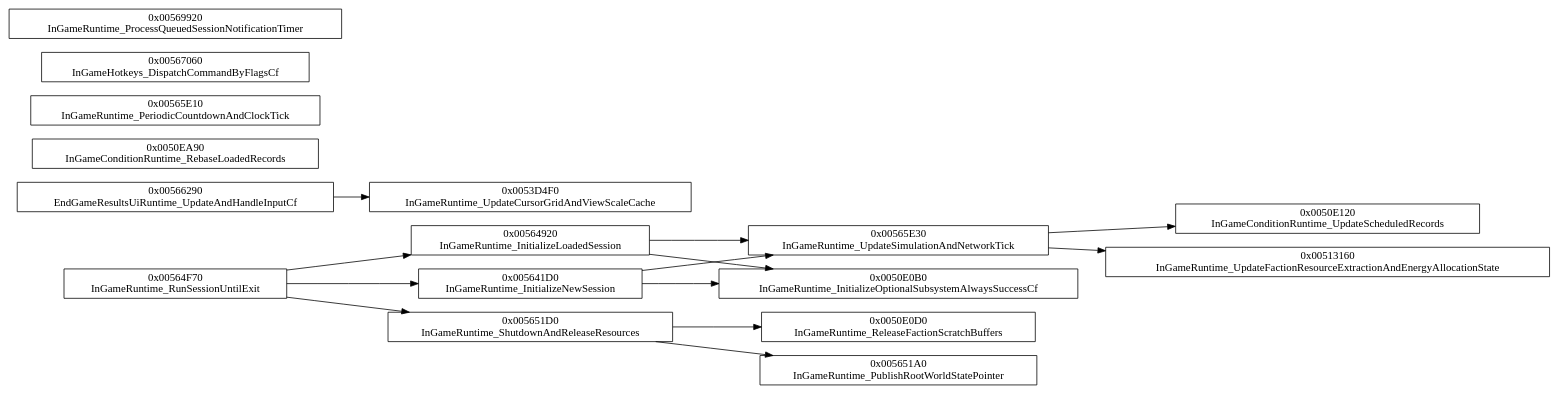
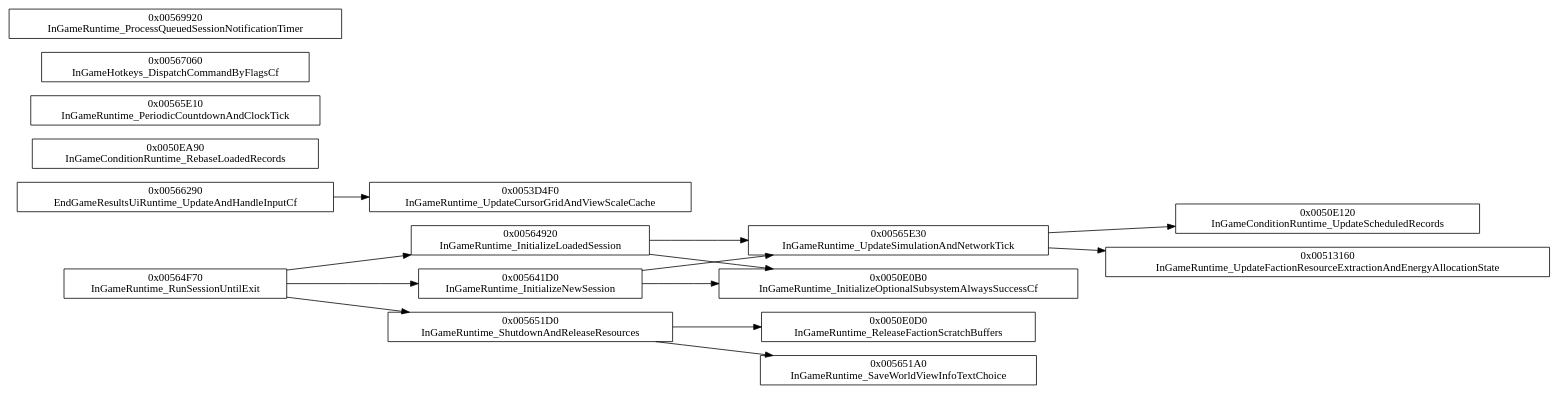
The diagram in docs/callgraphs/gameplay/session/runtime.dot (idkFoxes/open-thandor), drawn with Graphviz before and after one commit. The commit also changed 73 other files, not shown here.

```diff
--- a/docs/callgraphs/gameplay/session/runtime.dot
+++ b/docs/callgraphs/gameplay/session/runtime.dot
@@ -1,32 +1,32 @@
 digraph thandor {
   rankdir=LR;
   node [shape=box];
   "InGameRuntime_RunSessionUntilExit" [label="0x00564F70\nInGameRuntime_RunSessionUntilExit"];
   "EndGameResultsUiRuntime_UpdateAndHandleInput" [label="0x00566290\nEndGameResultsUiRuntime_UpdateAndHandleInputCf"];
   "InGameConditionRuntime_RebaseLoadedRecords" [label="0x0050EA90\nInGameConditionRuntime_RebaseLoadedRecords"];
   "InGameRuntime_PeriodicCountdownAndClockTick" [label="0x00565E10\nInGameRuntime_PeriodicCountdownAndClockTick"];
   "InGameHotkeys_DispatchCommandByFlags" [label="0x00567060\nInGameHotkeys_DispatchCommandByFlagsCf"];
   "InGameRuntime_ProcessQueuedSessionNotificationTimer" [label="0x00569920\nInGameRuntime_ProcessQueuedSessionNotificationTimer"];
   "InGameRuntime_InitializeNewSession" [label="0x005641D0\nInGameRuntime_InitializeNewSession"];
   "InGameRuntime_InitializeLoadedSession" [label="0x00564920\nInGameRuntime_InitializeLoadedSession"];
   "InGameRuntime_ShutdownAndReleaseResources" [label="0x005651D0\nInGameRuntime_ShutdownAndReleaseResources"];
   "InGameRuntime_ReleaseFactionScratchBuffers" [label="0x0050E0D0\nInGameRuntime_ReleaseFactionScratchBuffers"];
   "InGameConditionRuntime_UpdateScheduledRecords" [label="0x0050E120\nInGameConditionRuntime_UpdateScheduledRecords"];
   "InGameRuntime_UpdateFactionResourceExtractionAndEnergyAllocationState" [label="0x00513160\nInGameRuntime_UpdateFactionResourceExtractionAndEnergyAllocationState"];
   "InGameRuntime_UpdateCursorGridAndViewScaleCache" [label="0x0053D4F0\nInGameRuntime_UpdateCursorGridAndViewScaleCache"];
-  "InGameRuntime_PublishRootWorldStatePointer" [label="0x005651A0\nInGameRuntime_PublishRootWorldStatePointer"];
+  "InGameRuntime_SaveWorldViewInfoTextChoice" [label="0x005651A0\nInGameRuntime_SaveWorldViewInfoTextChoice"];
   "InGameRuntime_UpdateSimulationAndNetworkTick" [label="0x00565E30\nInGameRuntime_UpdateSimulationAndNetworkTick"];
   "InGameRuntime_InitializeOptionalSubsystemAlwaysSuccess" [label="0x0050E0B0\nInGameRuntime_InitializeOptionalSubsystemAlwaysSuccessCf"];
   "InGameRuntime_RunSessionUntilExit" -> "InGameRuntime_InitializeNewSession";
   "InGameRuntime_RunSessionUntilExit" -> "InGameRuntime_InitializeLoadedSession";
   "InGameRuntime_RunSessionUntilExit" -> "InGameRuntime_ShutdownAndReleaseResources";
   "EndGameResultsUiRuntime_UpdateAndHandleInput" -> "InGameRuntime_UpdateCursorGridAndViewScaleCache";
   "InGameRuntime_InitializeNewSession" -> "InGameRuntime_InitializeOptionalSubsystemAlwaysSuccess";
   "InGameRuntime_InitializeNewSession" -> "InGameRuntime_UpdateSimulationAndNetworkTick";
   "InGameRuntime_InitializeLoadedSession" -> "InGameRuntime_InitializeOptionalSubsystemAlwaysSuccess";
   "InGameRuntime_InitializeLoadedSession" -> "InGameRuntime_UpdateSimulationAndNetworkTick";
-  "InGameRuntime_ShutdownAndReleaseResources" -> "InGameRuntime_PublishRootWorldStatePointer";
+  "InGameRuntime_ShutdownAndReleaseResources" -> "InGameRuntime_SaveWorldViewInfoTextChoice";
   "InGameRuntime_ShutdownAndReleaseResources" -> "InGameRuntime_ReleaseFactionScratchBuffers";
   "InGameRuntime_UpdateSimulationAndNetworkTick" -> "InGameConditionRuntime_UpdateScheduledRecords";
   "InGameRuntime_UpdateSimulationAndNetworkTick" -> "InGameRuntime_UpdateFactionResourceExtractionAndEnergyAllocationState";
 }
```
